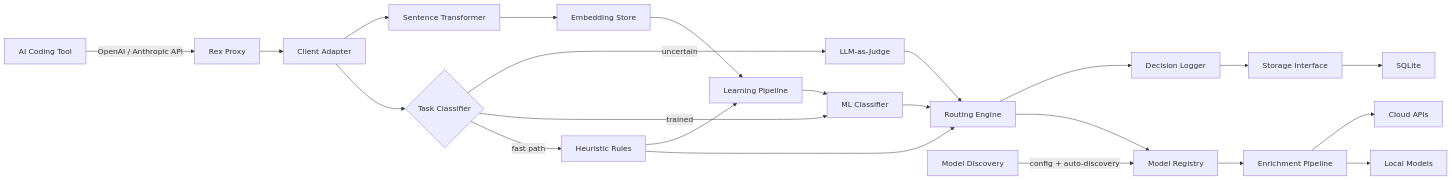
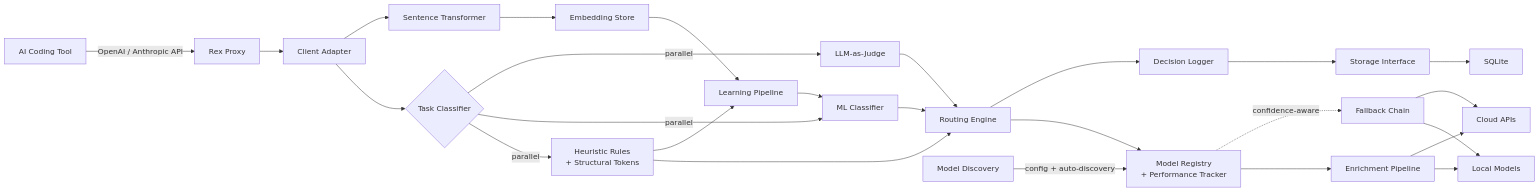
One commit to thsfranca/rex changed the first of 6 diagrams in ARCHITECTURE.md. Above: the diagram before and after it, drawn with Mermaid. The commit also changed other lines of this file and 4 other files, not shown here.

````diff
--- a/ARCHITECTURE.md
+++ b/ARCHITECTURE.md
@@ -13,25 +13,28 @@
 ```mermaid
 flowchart LR
     Client[AI Coding Tool] -->|OpenAI / Anthropic API| Proxy[Rex Proxy]
     Proxy --> Adapter[Client Adapter]
     Adapter --> Classifier{Task Classifier}
-    Classifier -->|fast path| Heuristics[Heuristic Rules]
-    Classifier -->|trained| MLClassifier[ML Classifier]
-    Classifier -->|uncertain| LLMJudge[LLM-as-Judge]
+    Classifier -->|parallel| Heuristics[Heuristic Rules<br/>+ Structural Tokens]
+    Classifier -->|parallel| MLClassifier[ML Classifier]
+    Classifier -->|parallel| LLMJudge[LLM-as-Judge]
     Heuristics --> Router[Routing Engine]
     MLClassifier --> Router
     LLMJudge --> Router
-    Router --> Registry[Model Registry]
+    Router --> Registry[Model Registry<br/>+ Performance Tracker]
     Discovery[Model Discovery] -->|config + auto-discovery| Registry
     Registry --> Enrichment[Enrichment Pipeline]
     Enrichment --> Local[Local Models]
     Enrichment --> Cloud[Cloud APIs]
     Router --> Logger[Decision Logger]
     Logger --> Store[Storage Interface]
     Store --> DataStore[SQLite]
     Adapter --> Embedder[Sentence Transformer]
     Embedder --> EmbeddingStore[Embedding Store]
     EmbeddingStore --> LearningPipeline[Learning Pipeline]
     Heuristics --> LearningPipeline
     LearningPipeline --> MLClassifier
+    Registry -.->|confidence-aware| Fallback[Fallback Chain]
+    Fallback --> Local
+    Fallback --> Cloud
 ```
````
